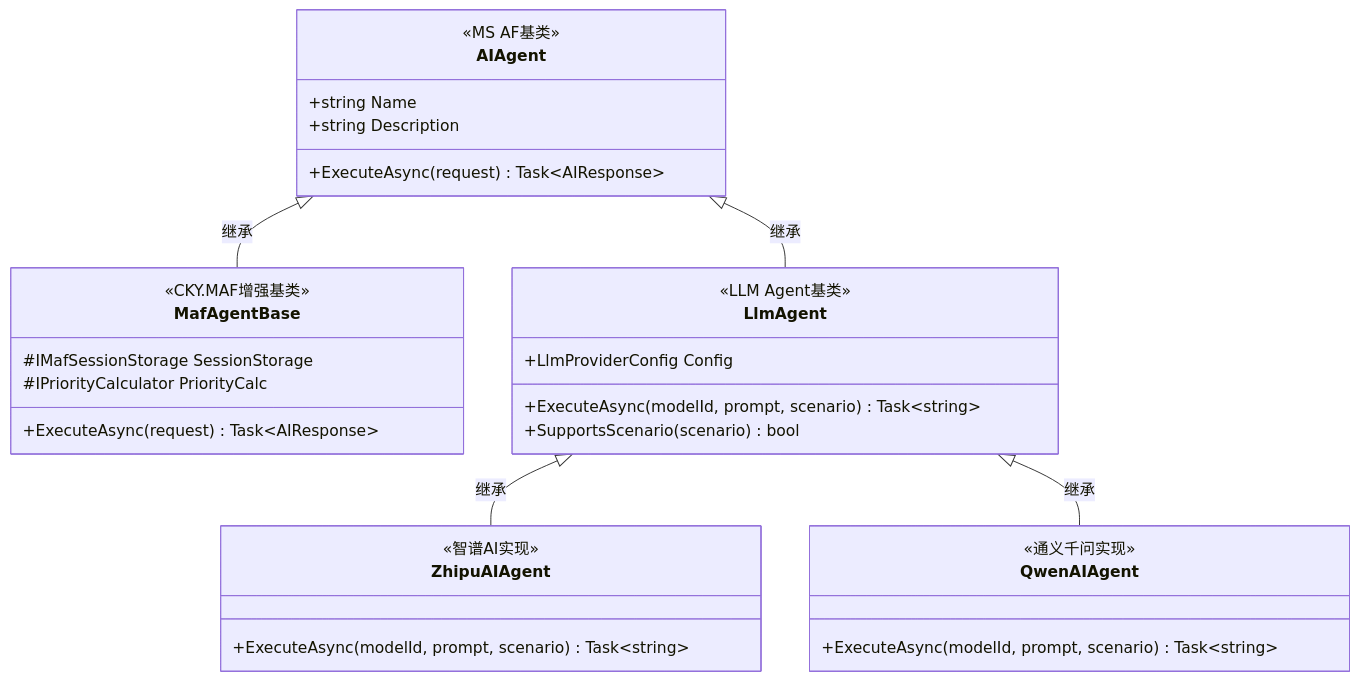
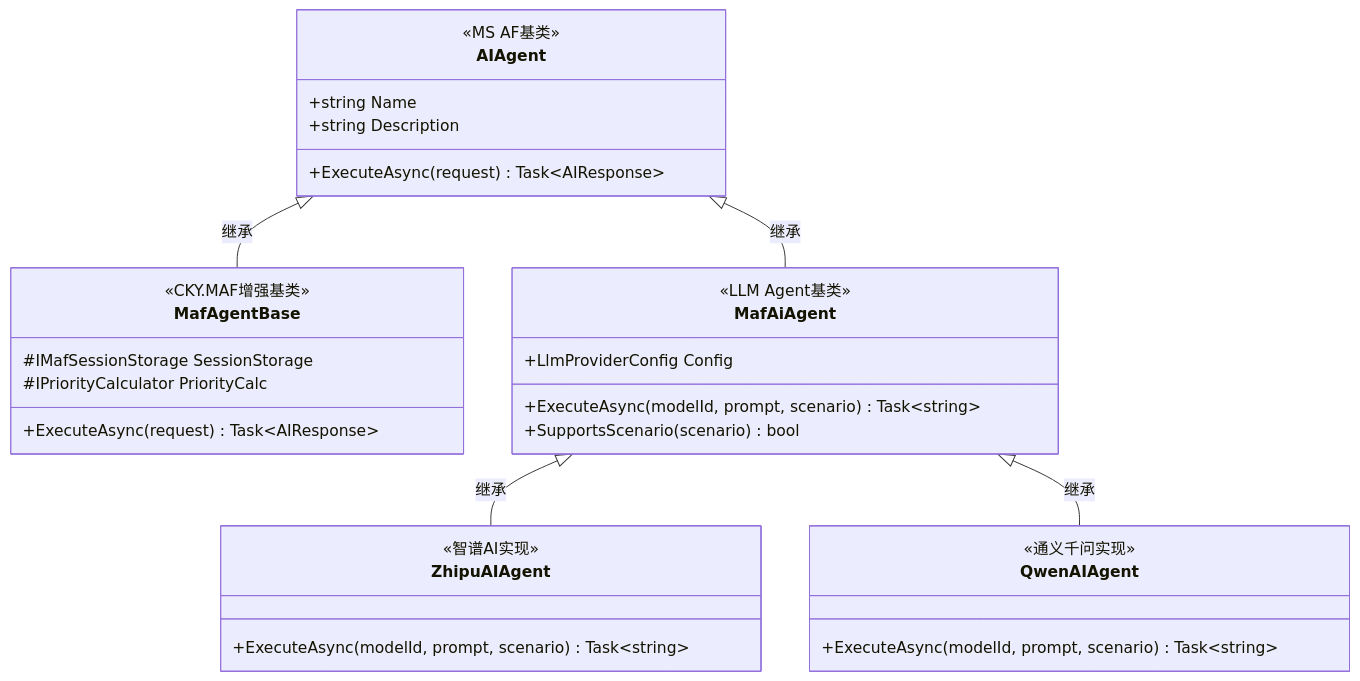
The third of 5 diagrams in docs/specs/01-architecture-overview.md (chenqilscy/multi-agent-task), drawn with Mermaid before and after one commit. The commit also changed other lines of this file and 58 other files, not shown here.

````diff
--- a/docs/specs/01-architecture-overview.md
+++ b/docs/specs/01-architecture-overview.md
@@ -175,38 +175,38 @@
 ```mermaid
 classDiagram
     class AIAgent {
         <<MS AF基类>>
         +string Name
         +string Description
         +ExecuteAsync(request) Task~AIResponse~
     }
 
     class MafAgentBase {
         <<CKY.MAF增强基类>>
         #IMafSessionStorage SessionStorage
         #IPriorityCalculator PriorityCalc
         +ExecuteAsync(request) Task~AIResponse~
     }
 
-    class LlmAgent {
+    class MafAiAgent {
         <<LLM Agent基类>>
         +LlmProviderConfig Config
         +ExecuteAsync(modelId, prompt, scenario) Task~string~
         +SupportsScenario(scenario) bool
     }
 
     class ZhipuAIAgent {
         <<智谱AI实现>>
         +ExecuteAsync(modelId, prompt, scenario) Task~string~
     }
 
     class QwenAIAgent {
         <<通义千问实现>>
         +ExecuteAsync(modelId, prompt, scenario) Task~string~
     }
 
     AIAgent <|-- MafAgentBase : 继承
-    AIAgent <|-- LlmAgent : 继承
-    LlmAgent <|-- ZhipuAIAgent : 继承
-    LlmAgent <|-- QwenAIAgent : 继承
+    AIAgent <|-- MafAiAgent : 继承
+    MafAiAgent <|-- ZhipuAIAgent : 继承
+    MafAiAgent <|-- QwenAIAgent : 继承
 ```
````
